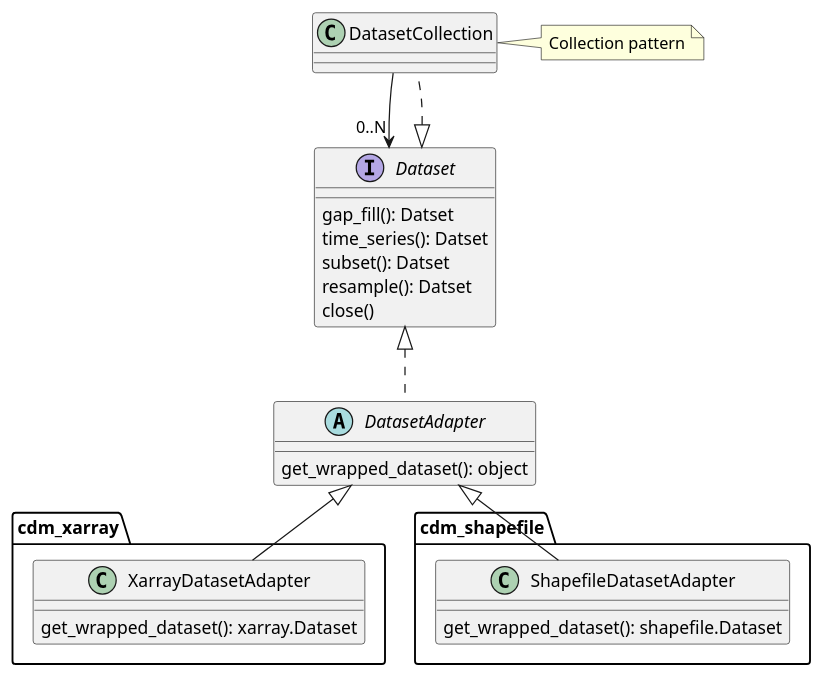
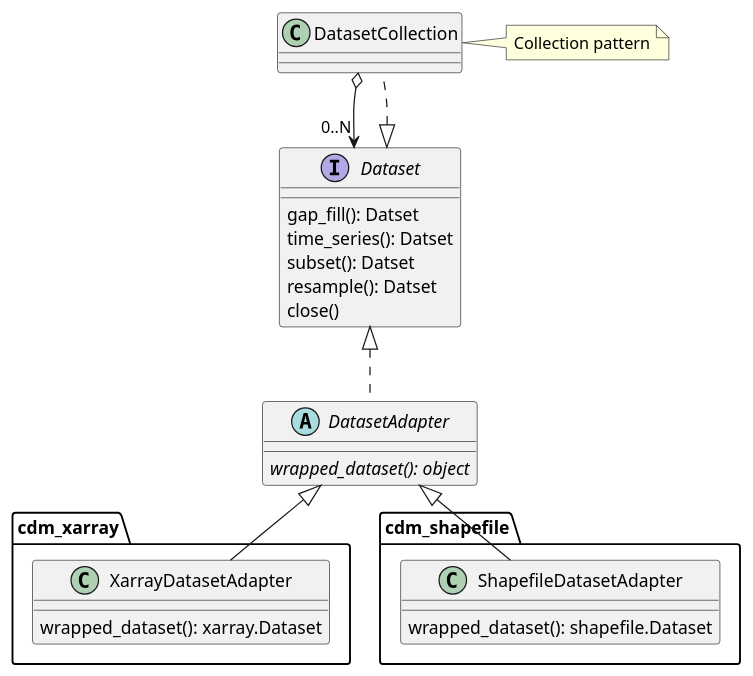
The diagram in doc/source/uml/cdm.puml (CCI-Tools/cate), drawn with PlantUML before and after one commit. The commit also changed 4 other files, not shown here.

Commit message:
UML updates

```diff
--- a/doc/source/uml/cdm.puml
+++ b/doc/source/uml/cdm.puml
@@ -1,32 +1,32 @@
 @startuml
 
 interface Dataset {
     gap_fill(): Datset
     time_series(): Datset
     subset(): Datset
     resample(): Datset
     close()
 }
 
 abstract DatasetAdapter implements Dataset {
-    get_wrapped_dataset(): object
+    {abstract} wrapped_dataset(): object
 }
 
 class DatasetCollection implements Dataset {
 }
 
 class cdm_xarray.XarrayDatasetAdapter extends DatasetAdapter {
-    get_wrapped_dataset(): xarray.Dataset
+    wrapped_dataset(): xarray.Dataset
 }
 
 class cdm_shapefile.ShapefileDatasetAdapter extends DatasetAdapter {
-    get_wrapped_dataset(): shapefile.Dataset
+    wrapped_dataset(): shapefile.Dataset
 }
 
-DatasetCollection --> "0..N" Dataset
+DatasetCollection o--> "0..N" Dataset
 
 note right of DatasetCollection
 Collection pattern
 end note
 
 @enduml
```
